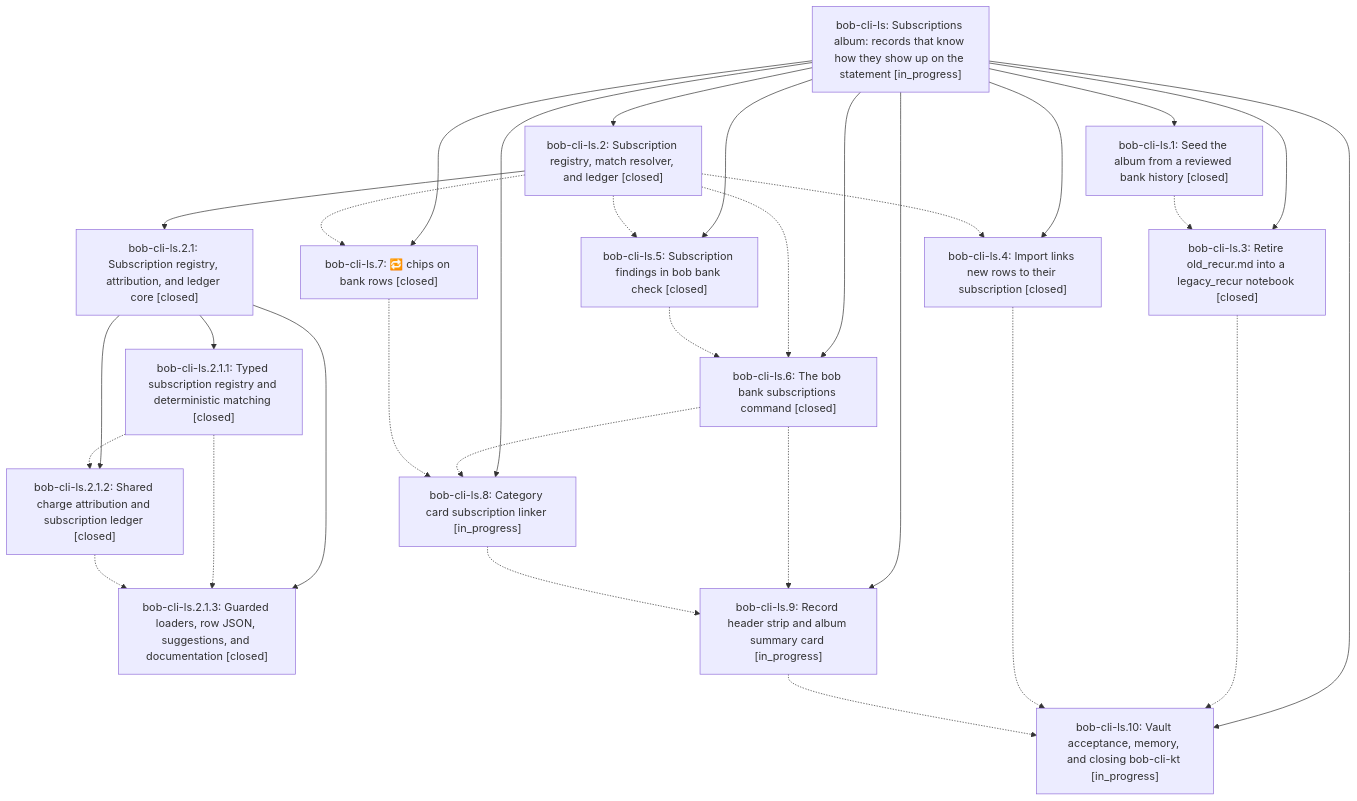
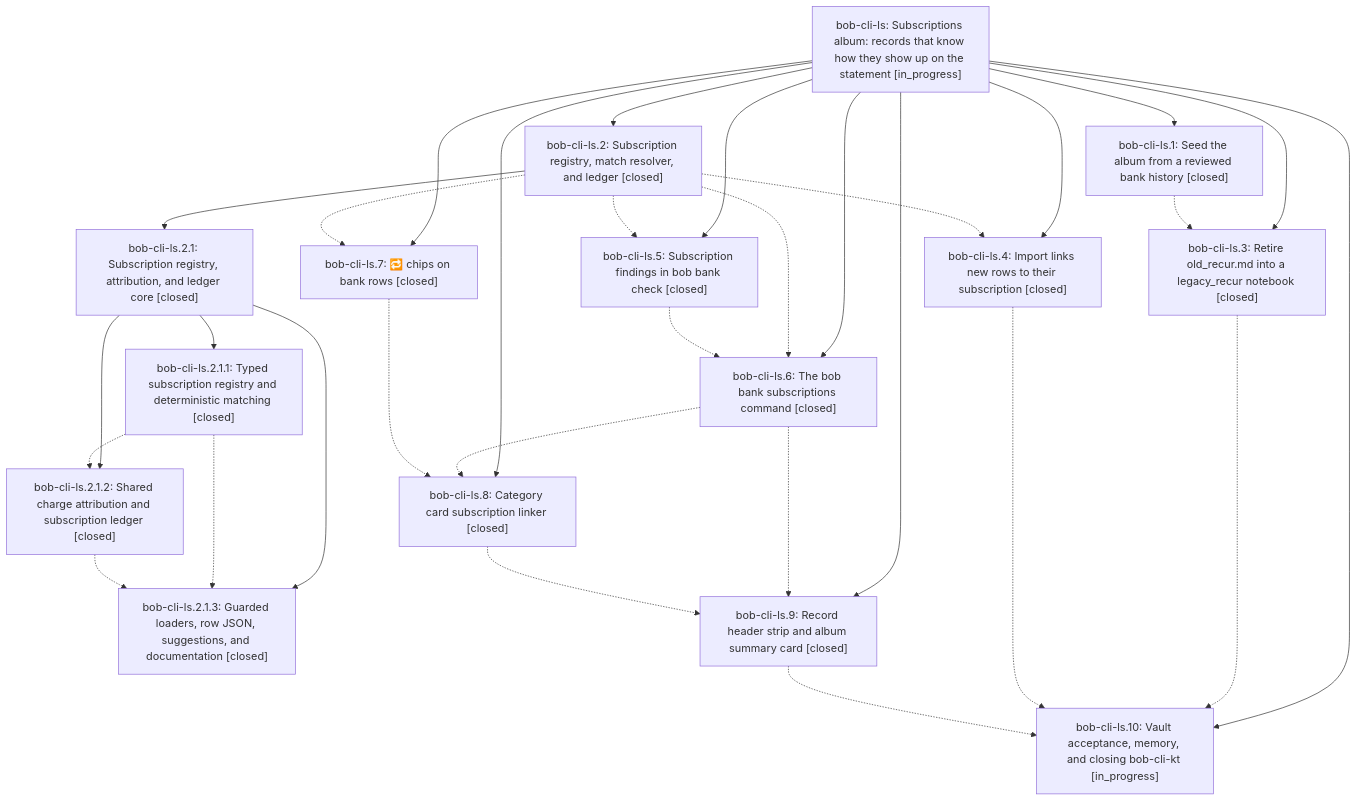
Before and after one commit to bobs-org/bob-cli--beads: the diagram in pages/bob-cli-ls/README.md, drawn with Mermaid. The commit also changed other lines of this file and 5 other files, not shown here.

First line of the commit message:
chore(beads): sync bead state and pages for bob-cli-ls

````diff
--- a/pages/bob-cli-ls/README.md
+++ b/pages/bob-cli-ls/README.md
@@ -49,48 +49,48 @@
 ```mermaid
 flowchart TD
     n0["bob-cli-ls: Subscriptions album: records that know how they show up on the statement [in_progress]"]
     n1["bob-cli-ls.1: Seed the album from a reviewed bank history [closed]"]
     n2["bob-cli-ls.10: Vault acceptance, memory, and closing bob-cli-kt [in_progress]"]
     n3["bob-cli-ls.2: Subscription registry, match resolver, and ledger [closed]"]
     n4["bob-cli-ls.2.1: Subscription registry, attribution, and ledger core [closed]"]
     n5["bob-cli-ls.2.1.1: Typed subscription registry and deterministic matching [closed]"]
     n6["bob-cli-ls.2.1.2: Shared charge attribution and subscription ledger [closed]"]
     n7["bob-cli-ls.2.1.3: Guarded loaders, row JSON, suggestions, and documentation [closed]"]
     n8["bob-cli-ls.3: Retire old_recur.md into a legacy_recur notebook [closed]"]
     n9["bob-cli-ls.4: Import links new rows to their subscription [closed]"]
     n10["bob-cli-ls.5: Subscription findings in bob bank check [closed]"]
     n11["bob-cli-ls.6: The bob bank subscriptions command [closed]"]
     n12["bob-cli-ls.7: 🔁 chips on bank rows [closed]"]
-    n13["bob-cli-ls.8: Category card subscription linker [in_progress]"]
-    n14["bob-cli-ls.9: Record header strip and album summary card [in_progress]"]
+    n13["bob-cli-ls.8: Category card subscription linker [closed]"]
+    n14["bob-cli-ls.9: Record header strip and album summary card [closed]"]
     n0 --> n1
     n0 --> n2
     n0 --> n3
     n3 --> n4
     n4 --> n5
     n4 --> n6
     n4 --> n7
     n0 --> n8
     n0 --> n9
     n0 --> n10
     n0 --> n11
     n0 --> n12
     n0 --> n13
     n0 --> n14
     n1 -.-> n8
     n3 -.-> n9
     n3 -.-> n10
     n3 -.-> n11
     n3 -.-> n12
     n5 -.-> n6
     n5 -.-> n7
     n6 -.-> n7
     n8 -.-> n2
     n9 -.-> n2
     n10 -.-> n11
     n11 -.-> n13
     n11 -.-> n14
     n12 -.-> n13
     n13 -.-> n14
     n14 -.-> n2
 ```
````
